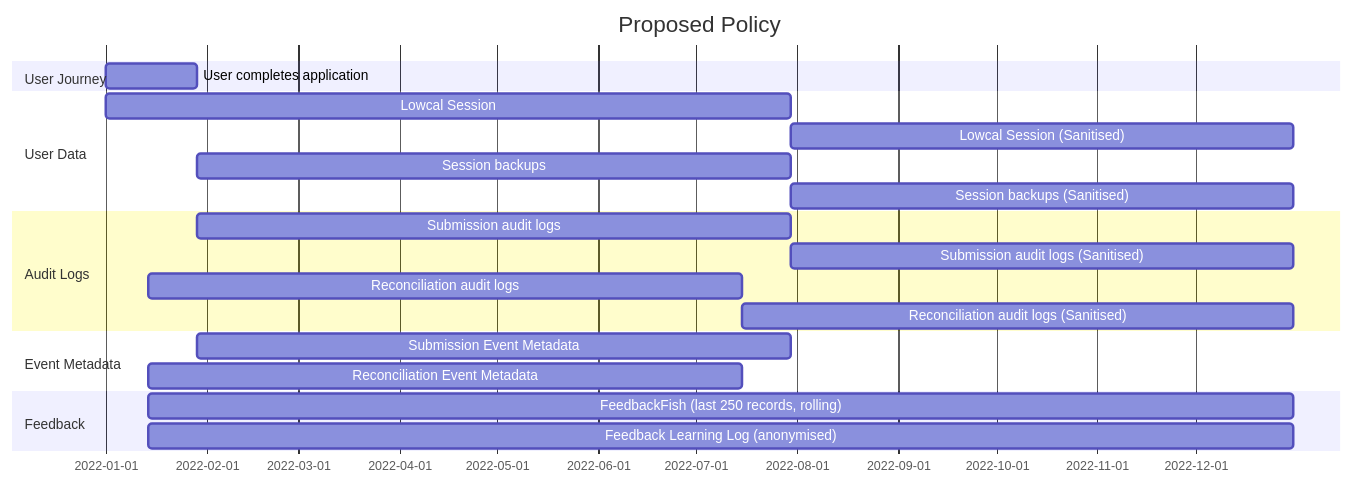
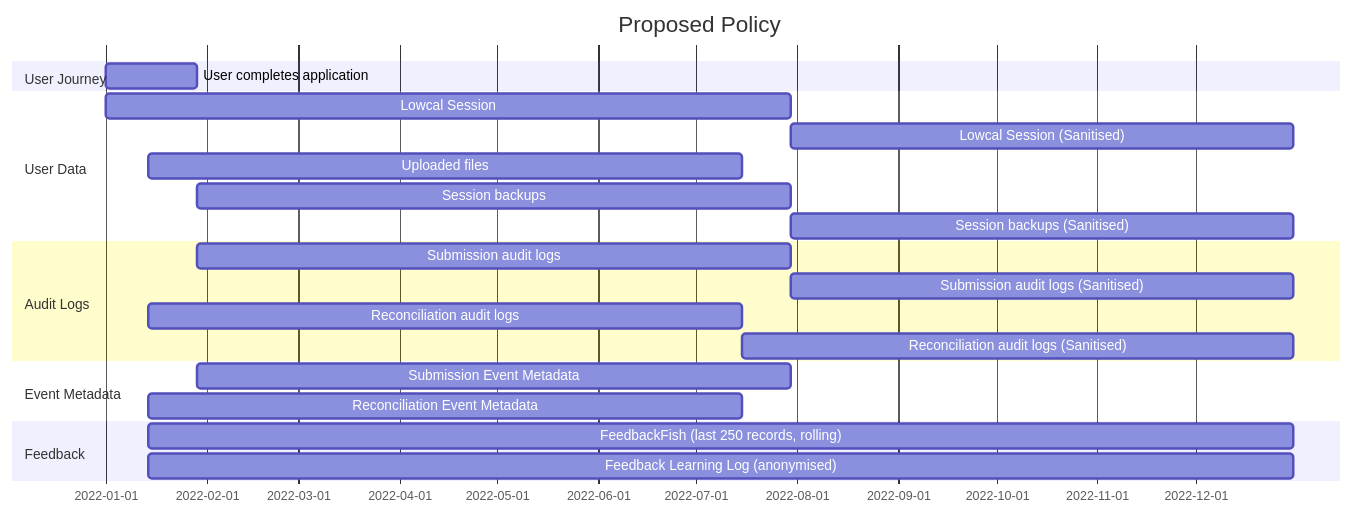
The second of 2 diagrams in doc/architecture/decisions/0005-data-retention-policy.md (theopensystemslab/planx-new), drawn with Mermaid before and after one commit. The commit also changed other lines of this file, not shown here.

````diff
--- a/doc/architecture/decisions/0005-data-retention-policy.md
+++ b/doc/architecture/decisions/0005-data-retention-policy.md
@@ -45,28 +46,29 @@
 ```mermaid
 gantt
     title Proposed Policy
     dateFormat  YYYY-MM-DD
 
     section User Journey
     User completes application: uj1, 2022-01-01, 28d
 
     section User Data
     Lowcal Session: 2022-01-01, 210d
     Lowcal Session (Sanitised): 2022-12-31
+    Uploaded files: 2022-01-14, 182d
     Session backups: after uj1, 182d
     Session backups (Sanitised): 2022-12-31
 
     section Audit Logs
     Submission audit logs: after uj1, 182d
     Submission audit logs (Sanitised): 2022-12-31
     Reconciliation audit logs: 2022-01-14, 182d
     Reconciliation audit logs (Sanitised): 2022-12-31
 
     section Event Metadata
     Submission Event Metadata: after uj1, 182d
     Reconciliation Event Metadata: 2022-01-14, 182d
 
     section Feedback
     FeedbackFish (last 250 records, rolling): 2022-01-14, 2022-12-31
     Feedback Learning Log (anonymised): 2022-01-14, 2022-12-31
 ```
````
